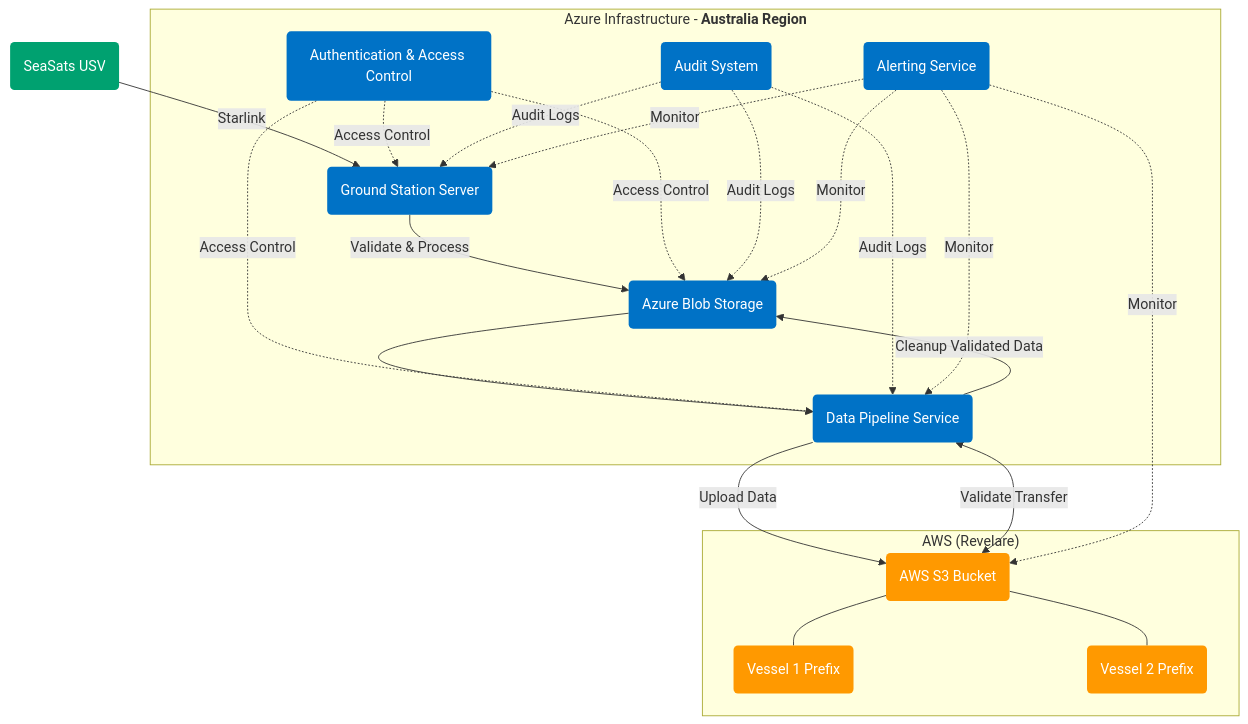
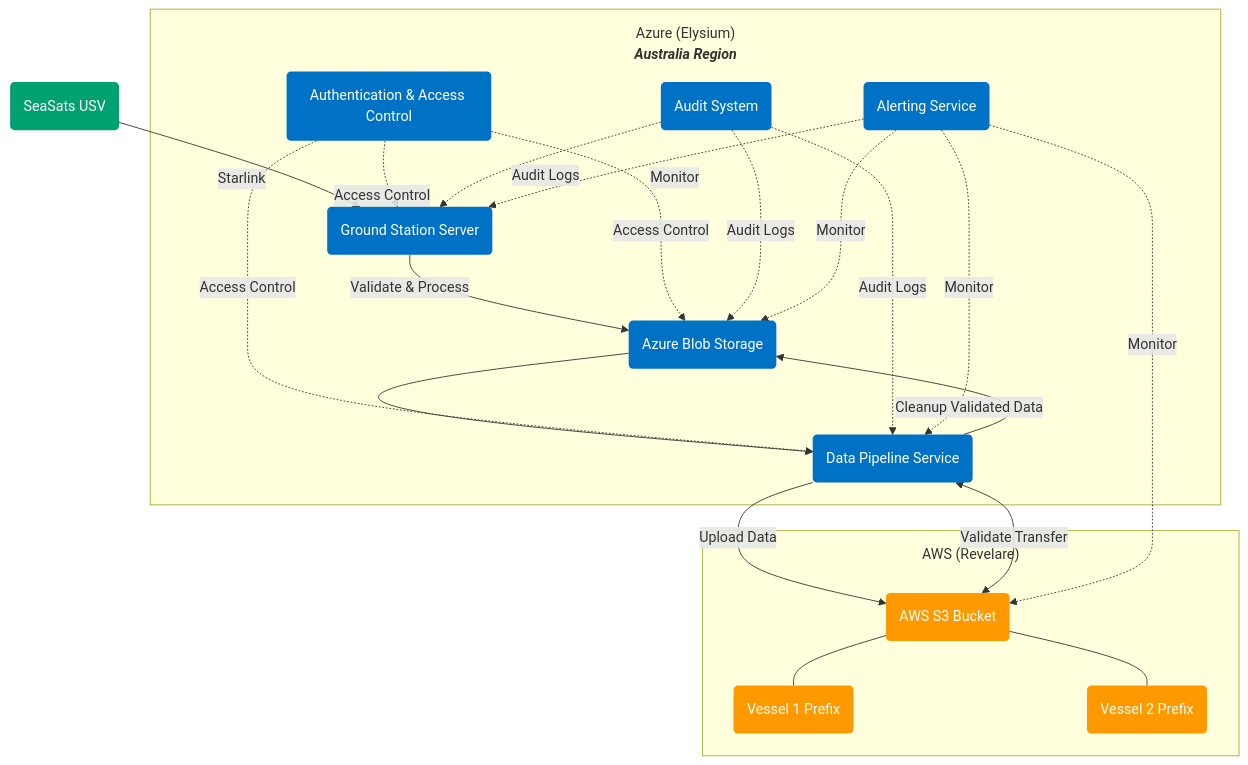
Before and after one commit to CAST-Intelligence/elysium-usv: the first of 2 diagrams in README.md, drawn with Mermaid.

Commit message:
Add subgraph title bottom margin to architecture diagram

````diff
--- a/README.md
+++ b/README.md
@@ -11,48 +11,52 @@
 ```mermaid
+%%{init: {'flowchart': {'subGraphTitleMargin': {'top':15,'bottom': 30}}}}%%
+
+
 flowchart TD
     USV(SeaSats USV) -->|Starlink| GS(Ground Station Server)
     GS -->|Validate & Process| ABS(Azure Blob Storage)
     ABS --> DPS(Data Pipeline Service)
     
-    subgraph AZ["`Azure Infrastructure - **Australia Region**`"]
+    subgraph AZ["`Azure (Elysium) 
+    ***Australia Region***`"]
         GS
         ABS
         DPS
         AAC(Authentication & Access Control)
         AS(Audit System)
         AL(Alerting Service)
     end
     
-    subgraph "AWS (Revelare)"
+    subgraph "`AWS (Revelare)`"
         S3(AWS S3 Bucket)
         S3P1(Vessel 1 Prefix)
         S3P2(Vessel 2 Prefix)
         S3 --- S3P1
         S3 --- S3P2
     end
     
     DPS -->|Upload Data| S3
     DPS <-->|Validate Transfer| S3
     DPS -->|Cleanup Validated Data| ABS
     
     AAC -.->|Access Control| GS
     AAC -.->|Access Control| ABS
     AAC -.->|Access Control| DPS
     
     AS -.->|Audit Logs| GS
     AS -.->|Audit Logs| ABS
     AS -.->|Audit Logs| DPS
     
     AL -.->|Monitor| GS
     AL -.->|Monitor| ABS
     AL -.->|Monitor| DPS
     AL -.->|Monitor| S3
     
     classDef azure fill:#0072C6,color:white,stroke:none;
     classDef aws fill:#FF9900,color:white,stroke:none;
     classDef usv fill:#00A170,color:white,stroke:none;
     
     class GS,ABS,DPS,AAC,AS,AL azure;
     class S3,S3P1,S3P2 aws;
     class USV usv;
 ```
````
